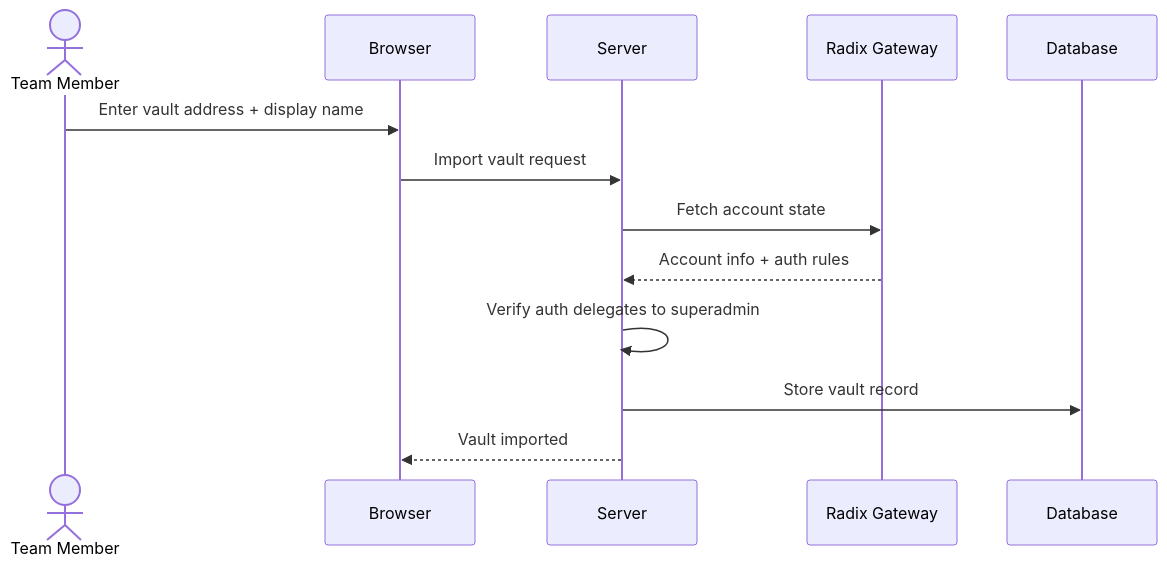
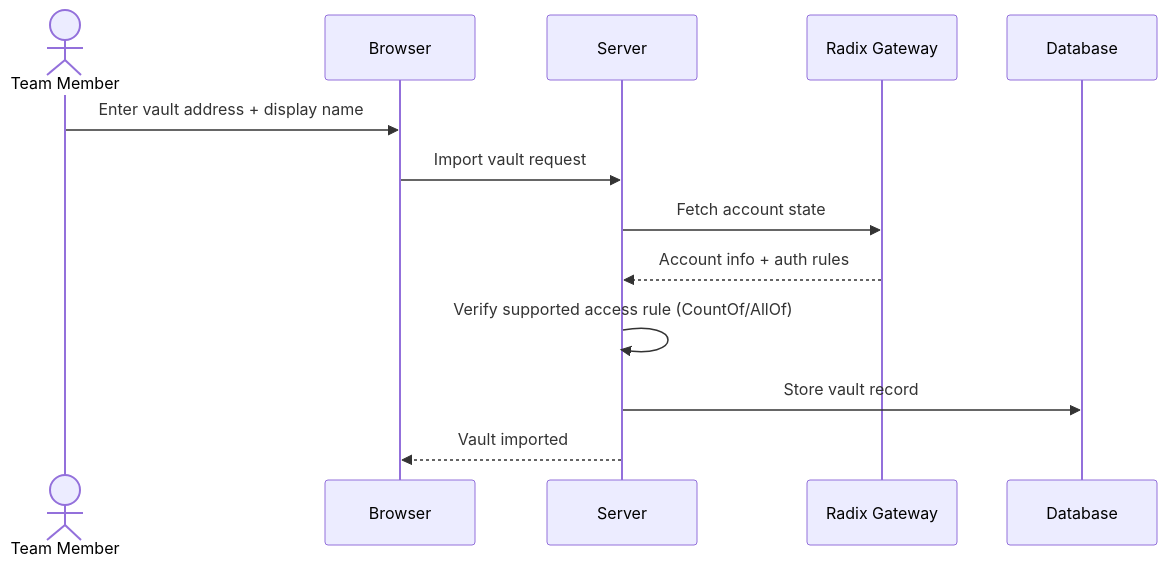
The second of 8 diagrams in docs/PRODUCT_SCOPE.md (xstelea/radix-vaults), drawn with Mermaid before and after one commit. The commit also changed other lines of this file, not shown here.

````diff
--- a/docs/PRODUCT_SCOPE.md
+++ b/docs/PRODUCT_SCOPE.md
@@ -150,16 +153,16 @@
 ```mermaid
 sequenceDiagram
     actor U as Team Member
     participant B as Browser
     participant S as Server
     participant GW as Radix Gateway
     participant DB as Database
 
     U->>B: Enter vault address + display name
     B->>S: Import vault request
     S->>GW: Fetch account state
     GW-->>S: Account info + auth rules
-    S->>S: Verify auth delegates to superadmin
+    S->>S: Verify supported access rule (CountOf/AllOf)
     S->>DB: Store vault record
     S-->>B: Vault imported
 ```
````
